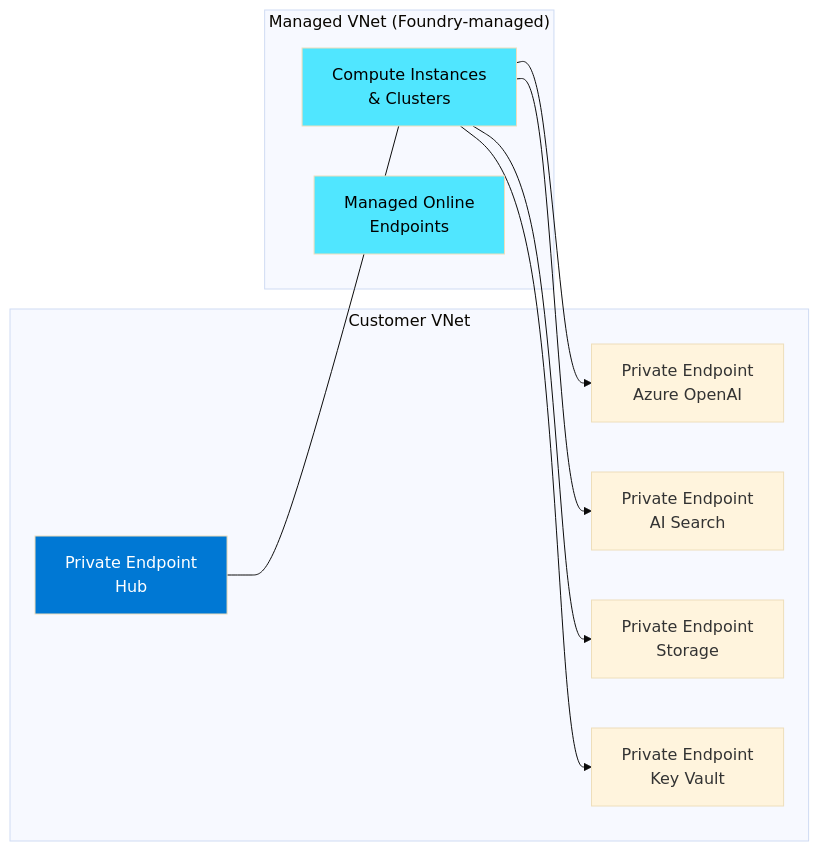
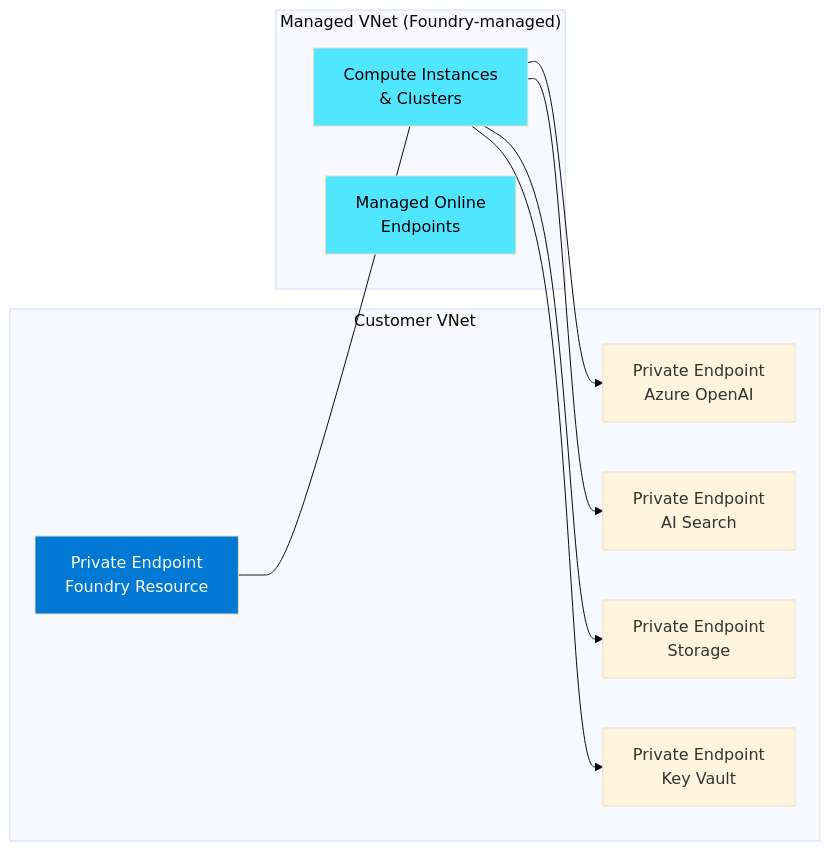
Before and after one commit to frootai/frootai: the second of 7 diagrams in .factory/docs/learning/o4-azure-ai-foundry.mdx, drawn with Mermaid (base theme). The commit also changed other lines of this file and 42 other files, not shown here.

````diff
--- a/.factory/docs/learning/o4-azure-ai-foundry.mdx
+++ b/.factory/docs/learning/o4-azure-ai-foundry.mdx
@@ -146,25 +149,25 @@
 ```mermaid
 graph LR
     subgraph "Customer VNet"
-        PE_HUB["Private Endpoint<br/>Hub"]
+        PE_HUB["Private Endpoint<br/>Foundry Resource"]
         PE_AOAI["Private Endpoint<br/>Azure OpenAI"]
         PE_SEARCH["Private Endpoint<br/>AI Search"]
         PE_STORAGE["Private Endpoint<br/>Storage"]
         PE_KV["Private Endpoint<br/>Key Vault"]
     end
 
     subgraph "Managed VNet (Foundry-managed)"
         COMPUTE["Compute Instances<br/>& Clusters"]
         ENDPOINTS["Managed Online<br/>Endpoints"]
     end
 
     PE_HUB --- COMPUTE
     COMPUTE --> PE_AOAI
     COMPUTE --> PE_SEARCH
     COMPUTE --> PE_STORAGE
     COMPUTE --> PE_KV
 
     style PE_HUB fill:#0078D4,color:#fff
     style COMPUTE fill:#50E6FF,color:#000
     style ENDPOINTS fill:#50E6FF,color:#000
 ```
````
